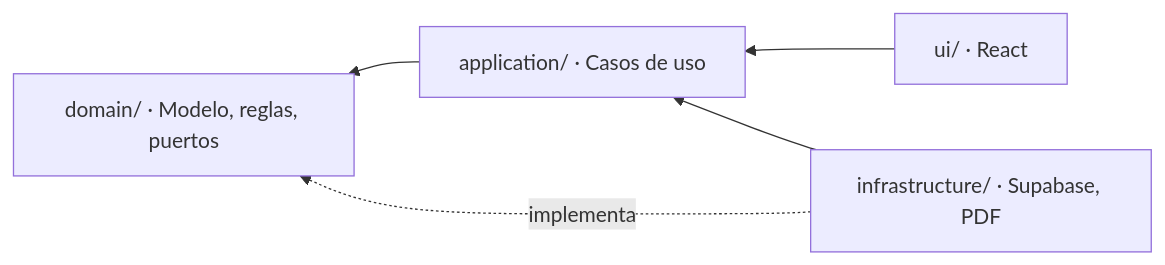
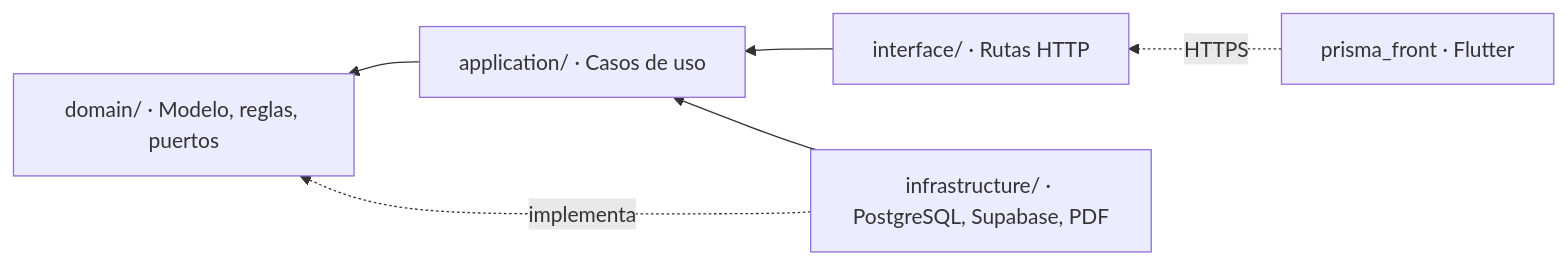
Before and after one commit to Juanchope039/Finanzas-PRISMA: the second of 2 diagrams in docs/07-arquitectura.md, drawn with Mermaid. The commit also changed other lines of this file and 33 other files, not shown here.

````diff
--- a/docs/07-arquitectura.md
+++ b/docs/07-arquitectura.md
@@ -114,7 +185,8 @@
 ```mermaid
 graph RL
-    UI[ui/ · React] --> APP[application/ · Casos de uso]
-    INFRA[infrastructure/ · Supabase, PDF] --> APP
+    INT[interface/ · Rutas HTTP] --> APP[application/ · Casos de uso]
+    INFRA[infrastructure/ · PostgreSQL, Supabase, PDF] --> APP
     APP --> DOM[domain/ · Modelo, reglas, puertos]
     INFRA -.implementa.-> DOM
+    FRONT[prisma_front · Flutter] -.HTTPS.-> INT
 ```
````
